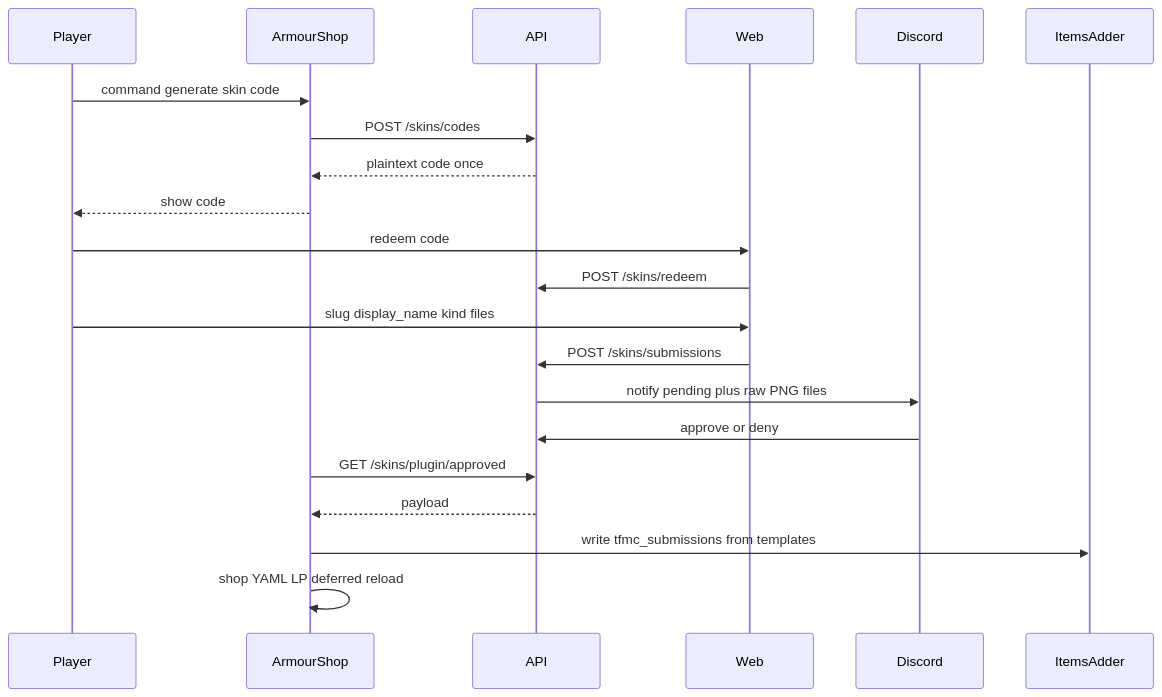
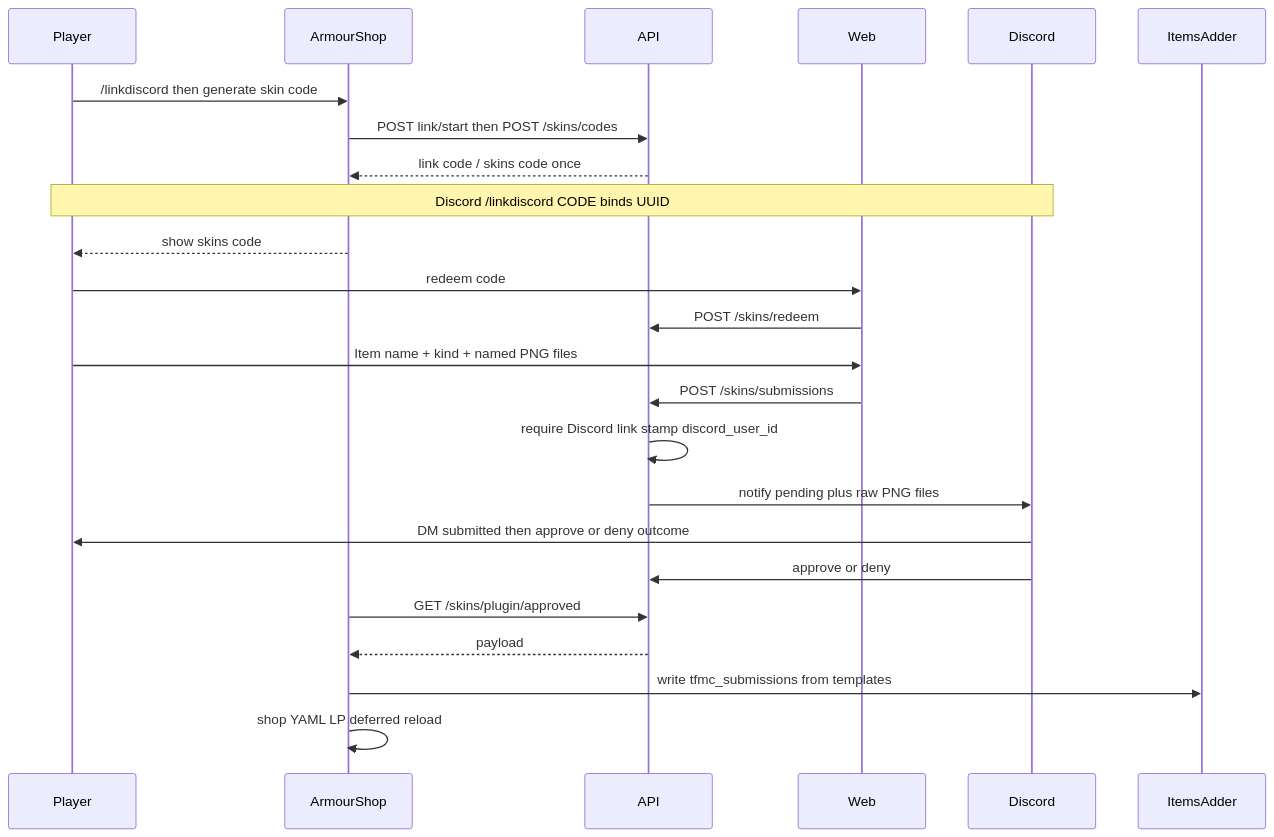
Before and after one commit to Drefvelin/ProvinceSystem: the diagram in Planning/05-skins-system.md, drawn with Mermaid. The commit also changed other lines of this file and 29 other files, not shown here.

````diff
--- a/Planning/05-skins-system.md
+++ b/Planning/05-skins-system.md
@@ -43,24 +43,27 @@
 ```mermaid
 sequenceDiagram
   participant Player
   participant AS as ArmourShop
   participant API
   participant Web
   participant Discord
   participant IA as ItemsAdder
 
-  Player->>AS: command generate skin code
-  AS->>API: POST /skins/codes
-  API-->>AS: plaintext code once
-  AS-->>Player: show code
+  Player->>AS: /linkdiscord then generate skin code
+  AS->>API: POST link/start then POST /skins/codes
+  API-->>AS: link code / skins code once
+  Note over Player,Discord: Discord /linkdiscord CODE binds UUID
+  AS-->>Player: show skins code
   Player->>Web: redeem code
   Web->>API: POST /skins/redeem
-  Player->>Web: slug display_name kind files
+  Player->>Web: Item name + kind + named PNG files
   Web->>API: POST /skins/submissions
+  API->>API: require Discord link stamp discord_user_id
   API->>Discord: notify pending plus raw PNG files
+  Discord->>Player: DM submitted then approve or deny outcome
   Discord->>API: approve or deny
   AS->>API: GET /skins/plugin/approved
   API-->>AS: payload
   AS->>IA: write tfmc_submissions from templates
   AS->>AS: shop YAML LP deferred reload
 ```
````
